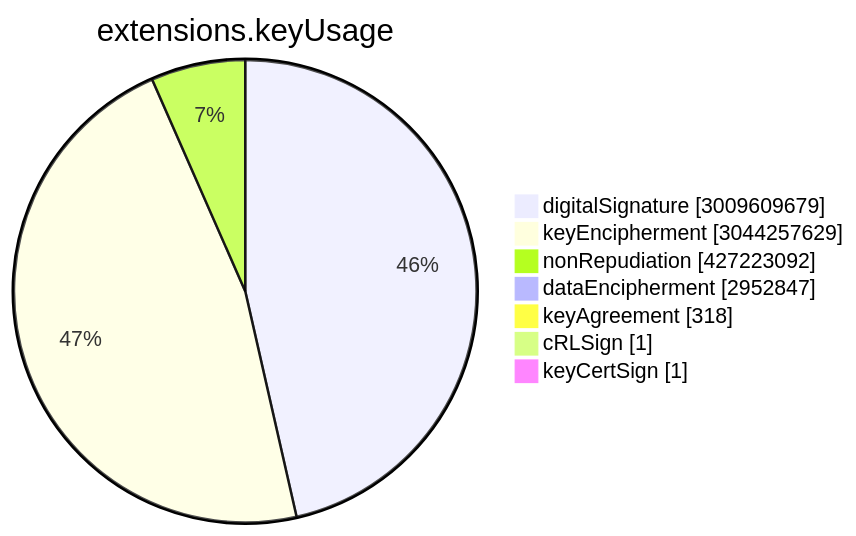
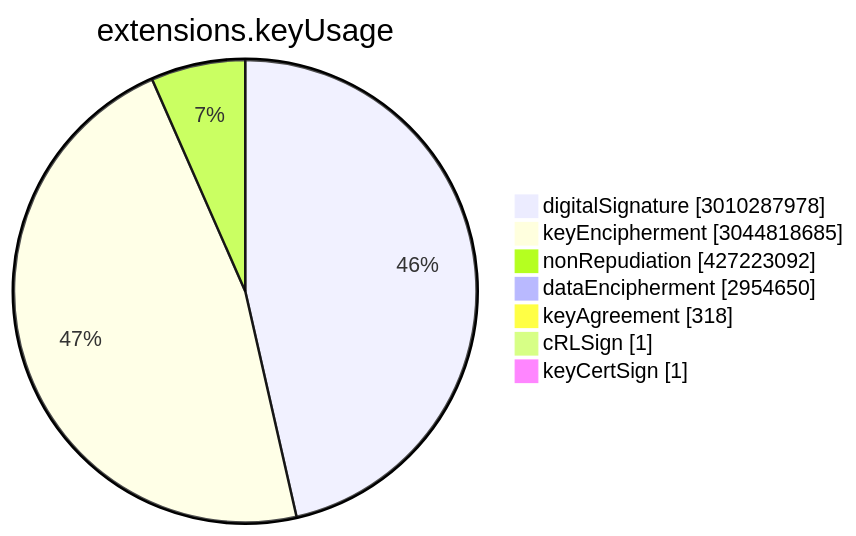
Before and after one commit to christiankrug/ctmonitor_visualization: the sixth of 15 diagrams in TOTAL/README.md, drawn with Mermaid. The commit also changed other lines of this file, not shown here.

````diff
--- a/TOTAL/README.md
+++ b/TOTAL/README.md
@@ -3075,11 +3075,11 @@
 ```mermaid
 pie showData
 title extensions.keyUsage
-"digitalSignature" :3009609679
-"keyEncipherment" :3044257629
+"digitalSignature" :3010287978
+"keyEncipherment" :3044818685
 "nonRepudiation" :427223092
-"dataEncipherment" :2952847
+"dataEncipherment" :2954650
 "keyAgreement" :318
 "cRLSign" :1
 "keyCertSign" :1
 ```
````
